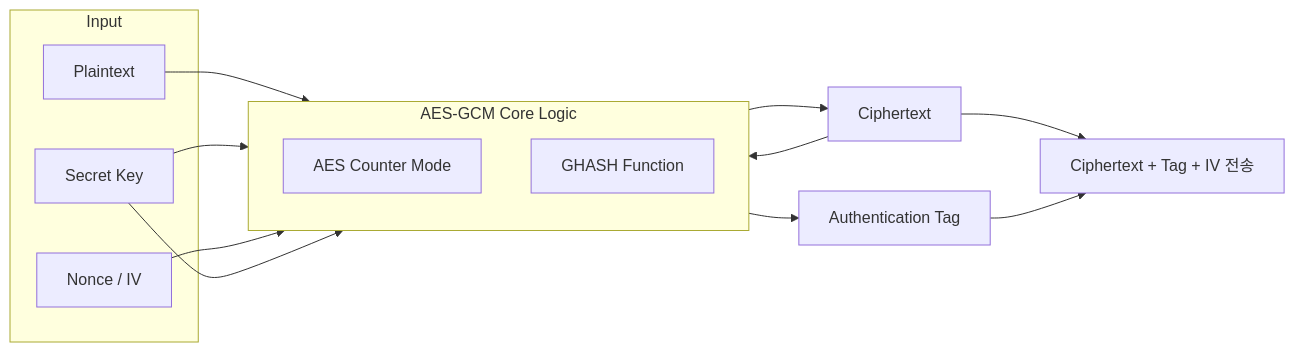
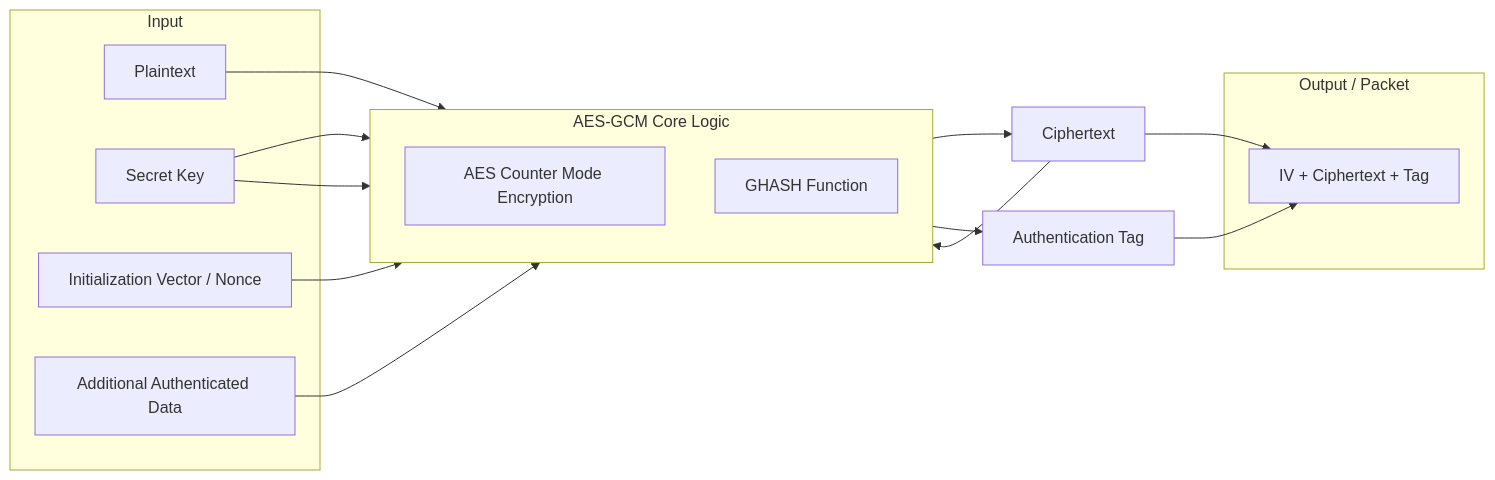
The fifth of 7 diagrams in README.md (SanghyeokLee-KR/polytalk), drawn with Mermaid before and after one commit. The commit also changed other lines of this file, not shown here.

````diff
--- a/README.md
+++ b/README.md
@@ -183,25 +309,34 @@
 ```mermaid
 graph LR
     subgraph Input_Data [Input]
         P[Plaintext]
         K[Secret Key]
-        IV[Nonce / IV]
+        IV[Initialization Vector / Nonce]
+        AAD[Additional Authenticated Data]
     end
 
     subgraph GCM_Process [AES-GCM Core Logic]
         direction TB
-        CTR[AES Counter Mode]
+        CTR[AES Counter Mode Encryption]
         GHASH[GHASH Function]
     end
 
     P --> CTR
     K --> CTR
     IV --> CTR
+
     CTR --> C[Ciphertext]
+
     C --> GHASH
+    AAD --> GHASH
     K --> GHASH
+
     GHASH --> T[Authentication Tag]
 
-    C --> Final[Ciphertext + Tag + IV 전송]
+    subgraph Output_Data [Output / Packet]
+        Final[IV + Ciphertext + Tag]
+    end
+
+    C --> Final
     T --> Final
 ```
````
